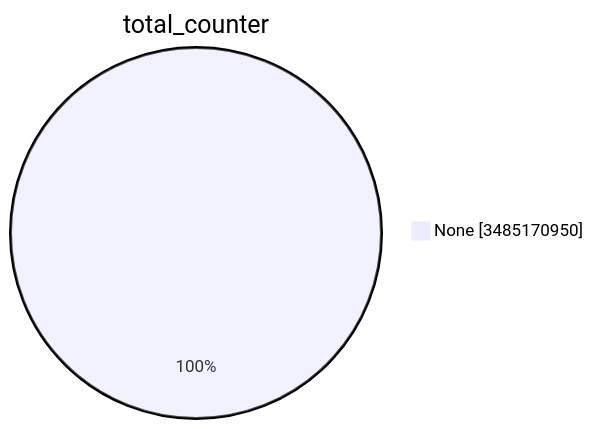
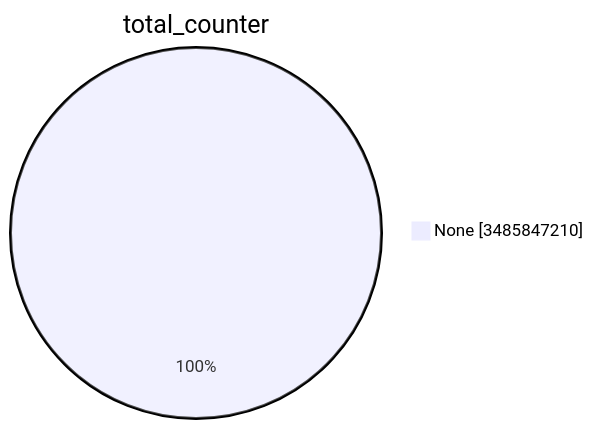
One commit to christiankrug/ctmonitor_visualization changed the first of 15 diagrams in TOTAL/README.md. Above: the diagram before and after it, drawn with Mermaid. The commit also changed other lines of this file, not shown here.

````diff
--- a/TOTAL/README.md
+++ b/TOTAL/README.md
@@ -1,5 +1,5 @@
 ```mermaid
 pie showData
 title total_counter
-"None" :3485170950
+"None" :3485847210
 ```
````
